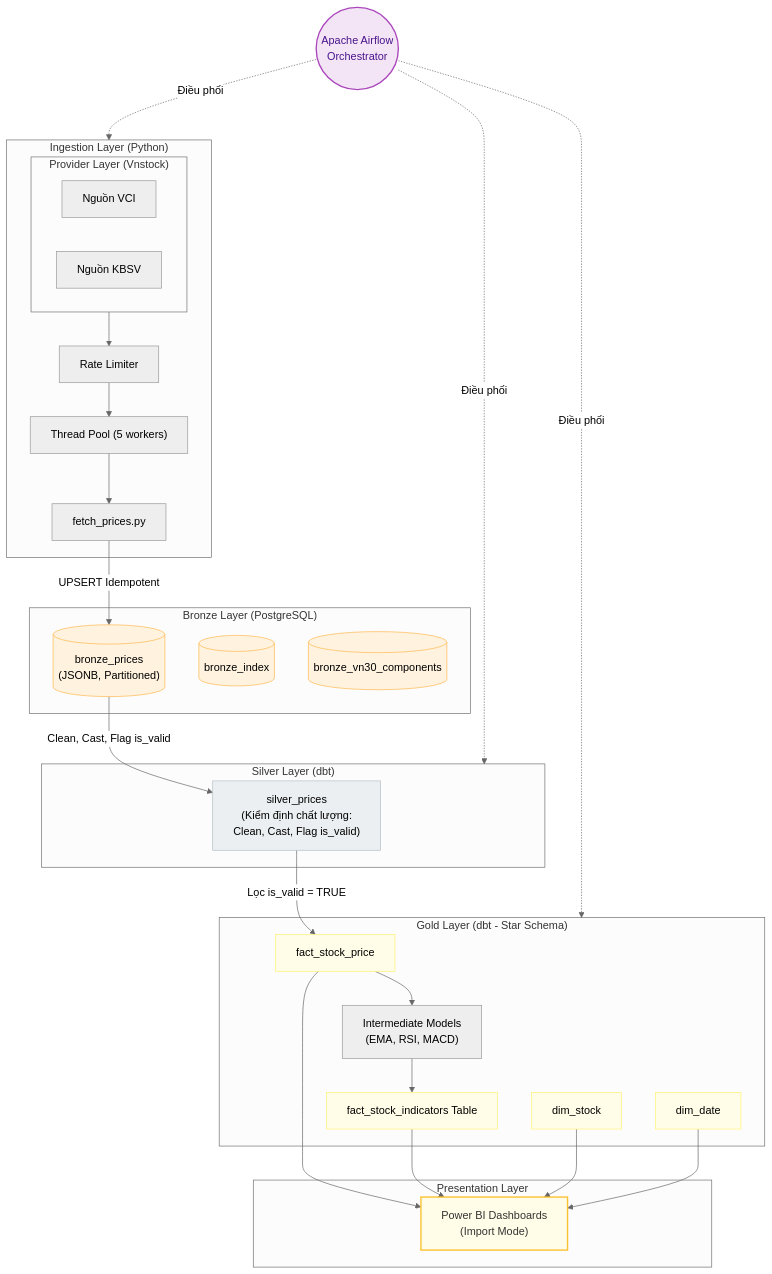
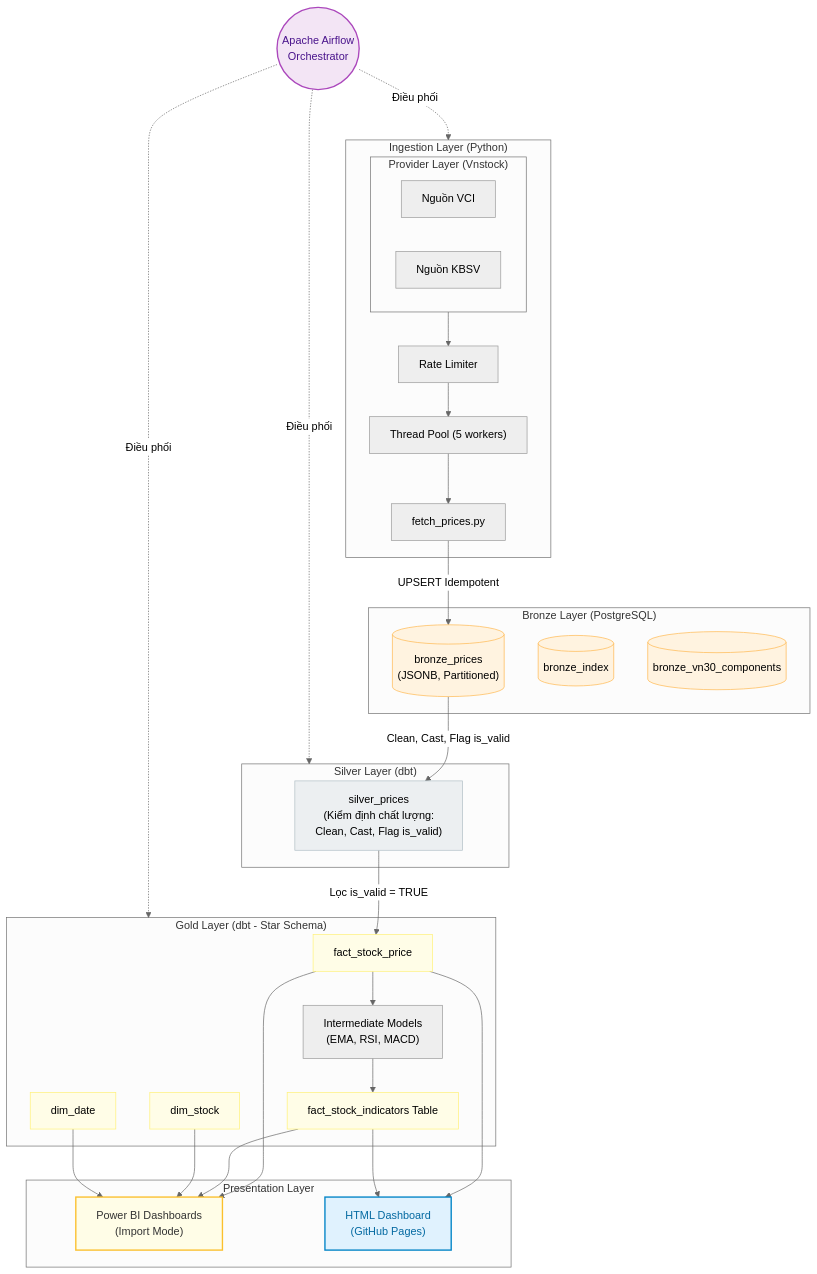
Before and after one commit to kei312/smalldestocktotngiep: the diagram in README.md, drawn with Mermaid (neutral theme). The commit also changed other lines of this file, not shown here.

````diff
--- a/README.md
+++ b/README.md
@@ -9,77 +9,82 @@
 ```mermaid
 graph TD
     %% Providers & Ingestion
     subgraph Ingestion_Layer ["Ingestion Layer (Python)"]
         subgraph Providers ["Provider Layer (Vnstock)"]
             VCI["Nguồn VCI"]
             KBSV["Nguồn KBSV"]
         end
         RL["Rate Limiter"]
         TP["Thread Pool (5 workers)"]
         FP["fetch_prices.py"]
         
         Providers --> RL
         RL --> TP
         TP --> FP
     end
 
     %% Orchestrator
     Airflow((Apache Airflow<br/>Orchestrator))
 
     %% Bronze Layer
     subgraph Bronze_Layer ["Bronze Layer (PostgreSQL)"]
         B_Prices[("bronze_prices<br/>(JSONB, Partitioned)")]
         B_Index[("bronze_index")]
         B_VN30[("bronze_vn30_components")]
     end
 
     FP -->|UPSERT Idempotent| B_Prices
 
     %% Silver Layer
     subgraph Silver_Layer ["Silver Layer (dbt)"]
         S_Prices["silver_prices<br/>(Kiểm định chất lượng:<br/>Clean, Cast, Flag is_valid)"]
     end
 
     B_Prices -->|Clean, Cast, Flag is_valid| S_Prices
 
     %% Gold Layer
     subgraph Gold_Layer ["Gold Layer (dbt - Star Schema)"]
         F_Price["fact_stock_price"]
         IM["Intermediate Models<br/>(EMA, RSI, MACD)"]
         F_Indicators["fact_stock_indicators Table"]
         D_Stock["dim_stock"]
         D_Date["dim_date"]
         
         F_Price --> IM
         IM --> F_Indicators
     end
 
     S_Prices -->|Lọc is_valid = TRUE| F_Price
 
     %% Presentation
     subgraph Presentation_Layer ["Presentation Layer"]
         PBI["Power BI Dashboards<br/>(Import Mode)"]
+        HTML_Dash["HTML Dashboard<br/>(GitHub Pages)"]
     end
 
     F_Price --> PBI
     F_Indicators --> PBI
     D_Stock --> PBI
     D_Date --> PBI
+    
+    F_Price --> HTML_Dash
+    F_Indicators --> HTML_Dash
 
     %% Airflow Orchestration Links (Dotted)
     Airflow -.->|Điều phối| Ingestion_Layer
     Airflow -.->|Điều phối| Silver_Layer
     Airflow -.->|Điều phối| Gold_Layer
 
     %% Styling
     style Airflow fill:#f3e5f5,stroke:#ab47bc,stroke-width:2px,color:#4a148c
     style B_Prices fill:#fff3e0,stroke:#ffb74d,stroke-width:1px
     style B_Index fill:#fff3e0,stroke:#ffb74d,stroke-width:1px
     style B_VN30 fill:#fff3e0,stroke:#ffb74d,stroke-width:1px
     style S_Prices fill:#eceff1,stroke:#b0bec5,stroke-width:1px
     style F_Price fill:#fffde7,stroke:#fff176,stroke-width:1px
     style F_Indicators fill:#fffde7,stroke:#fff176,stroke-width:1px
     style D_Stock fill:#fffde7,stroke:#fff176,stroke-width:1px
     style D_Date fill:#fffde7,stroke:#fff176,stroke-width:1px
     style PBI fill:#fffde7,stroke:#fbc02d,stroke-width:2px,color:#333
+    style HTML_Dash fill:#e0f2fe,stroke:#0284c7,stroke-width:2px,color:#0369a1
 ```
````
